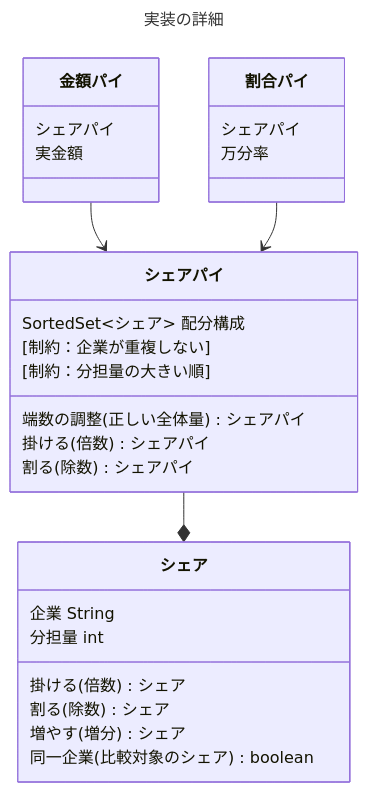
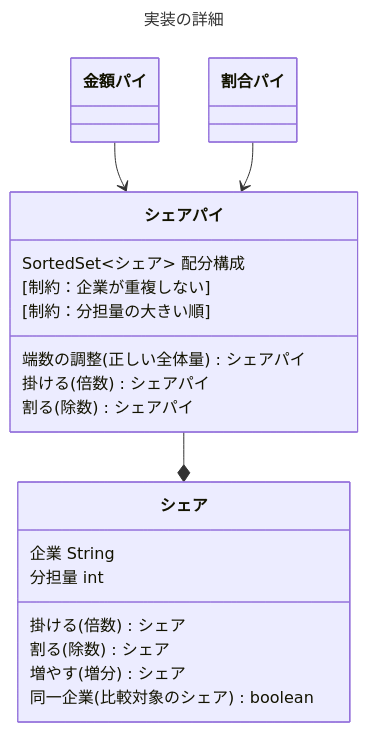
Before and after one commit to masuda220/business-logic-patterns: the diagram in src/main/java/com/example/domain/model/jjugccc2024/advanced/proportion/実装の詳細.mmd, drawn with Mermaid. The commit also changed 1 other file, not shown here.

Commit message:
シャアパイ　説明の図

```diff
--- a/src/main/java/com/example/domain/model/jjugccc2024/advanced/proportion/実装の詳細.mmd
+++ b/src/main/java/com/example/domain/model/jjugccc2024/advanced/proportion/実装の詳細.mmd
@@ -1,33 +1,25 @@
 ---
 title: 実装の詳細
 ---
 classDiagram
-    金額パイ --> シェアパイ
-    割合パイ --> シェアパイ
-    シェアパイ --* シェア
+    金額パイ --> SharePie
+    割合パイ --> SharePie
+    SharePie --* シェア
 
-    class シェアパイ {
+    class SharePie["シェアパイ"] {
         SortedSet~シェア~ 配分構成
         [制約：企業が重複しない]
         [制約：分担量の大きい順]
         端数の調整(正しい全体量) シェアパイ
         掛ける(倍数) シェアパイ
         割る(除数) シェアパイ
     }
 
     class シェア {
         企業 String
         分担量 int
         掛ける(倍数) シェア
         割る(除数) シェア
         増やす(増分) シェア
         同一企業(比較対象のシェア) boolean
     }
-    class 割合パイ {
-        シェアパイ
-        万分率
-    }
-    class 金額パイ {
-        シェアパイ
-        実金額
-    }
```
